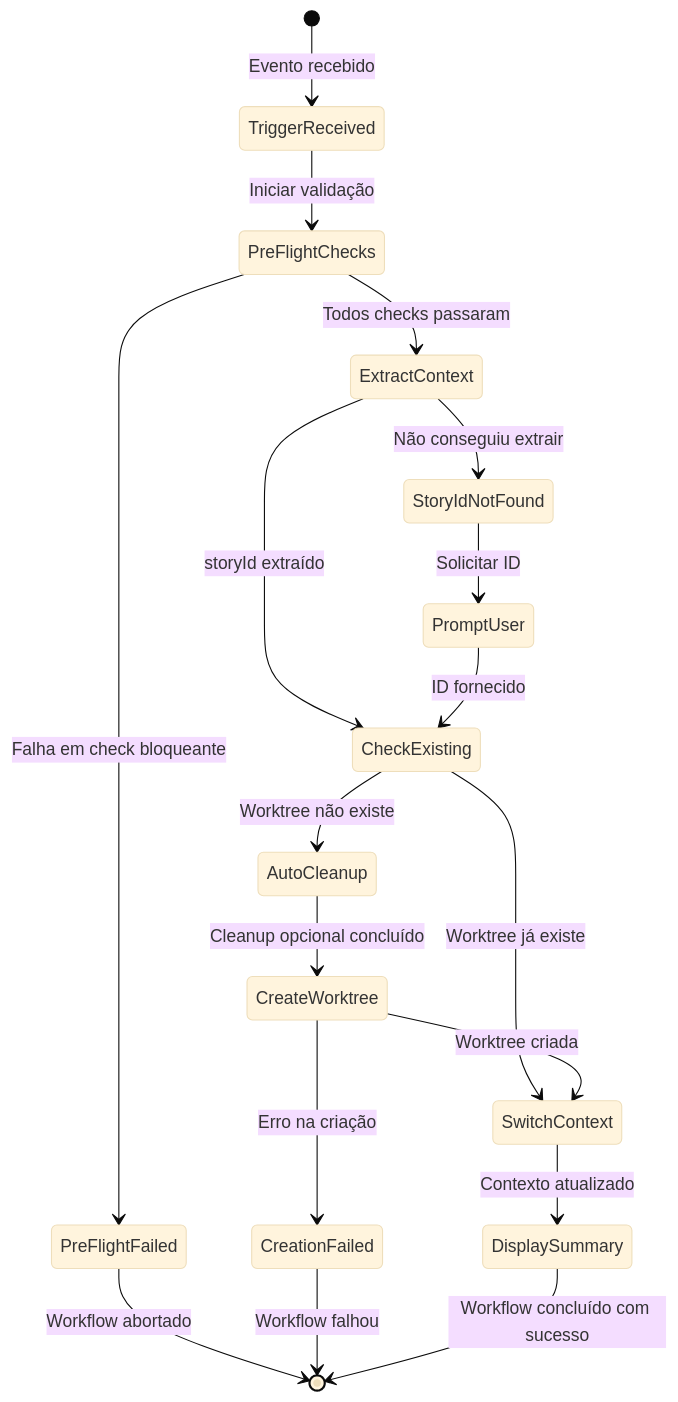
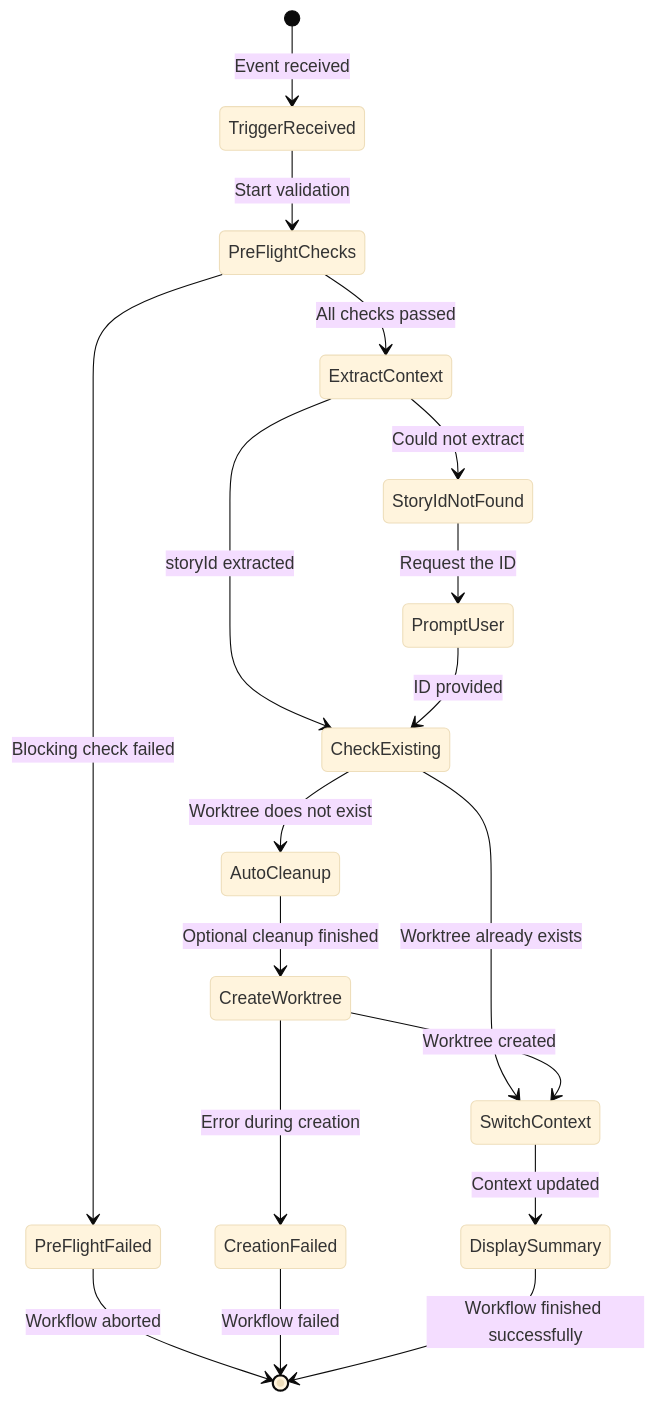
Before and after one commit to CyryxLabs/AEXOS: the second of 5 diagrams in docs/aexos-workflows/auto-worktree-workflow.md, drawn with Mermaid (base theme). The commit also changed other lines of this file and 528 other files, not shown here.

````diff
--- a/docs/aexos-workflows/auto-worktree-workflow.md
+++ b/docs/aexos-workflows/auto-worktree-workflow.md
@@ -108,31 +108,31 @@
 ```mermaid
 stateDiagram-v2
-    [*] --> TriggerReceived: Evento recebido
+    [*] --> TriggerReceived: Event received
 
-    TriggerReceived --> PreFlightChecks: Iniciar validação
+    TriggerReceived --> PreFlightChecks: Start validation
 
-    PreFlightChecks --> PreFlightFailed: Falha em check bloqueante
-    PreFlightChecks --> ExtractContext: Todos checks passaram
+    PreFlightChecks --> PreFlightFailed: Blocking check failed
+    PreFlightChecks --> ExtractContext: All checks passed
 
-    PreFlightFailed --> [*]: Workflow abortado
+    PreFlightFailed --> [*]: Workflow aborted
 
-    ExtractContext --> CheckExisting: storyId extraído
-    ExtractContext --> StoryIdNotFound: Não conseguiu extrair
+    ExtractContext --> CheckExisting: storyId extracted
+    ExtractContext --> StoryIdNotFound: Could not extract
 
-    StoryIdNotFound --> PromptUser: Solicitar ID
-    PromptUser --> CheckExisting: ID fornecido
+    StoryIdNotFound --> PromptUser: Request the ID
+    PromptUser --> CheckExisting: ID provided
 
-    CheckExisting --> SwitchContext: Worktree já existe
-    CheckExisting --> AutoCleanup: Worktree não existe
+    CheckExisting --> SwitchContext: Worktree already exists
+    CheckExisting --> AutoCleanup: Worktree does not exist
 
-    AutoCleanup --> CreateWorktree: Cleanup opcional concluído
+    AutoCleanup --> CreateWorktree: Optional cleanup finished
 
-    CreateWorktree --> CreationFailed: Erro na criação
-    CreateWorktree --> SwitchContext: Worktree criada
+    CreateWorktree --> CreationFailed: Error during creation
+    CreateWorktree --> SwitchContext: Worktree created
 
-    CreationFailed --> [*]: Workflow falhou
+    CreationFailed --> [*]: Workflow failed
 
-    SwitchContext --> DisplaySummary: Contexto atualizado
+    SwitchContext --> DisplaySummary: Context updated
 
-    DisplaySummary --> [*]: Workflow concluído com sucesso
+    DisplaySummary --> [*]: Workflow finished successfully
 ```
````
